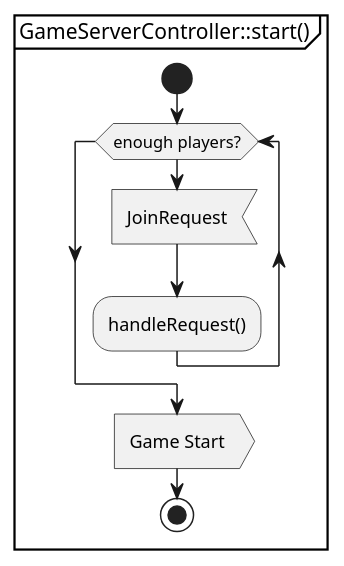
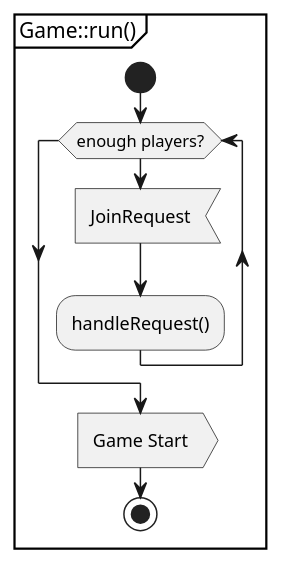
One commit to mdiallogn/Not-Alone changed the third of 3 diagrams in not-alone-doc/src/doc/asciidoc/_sections/conception.adoc. Above: the diagram before and after it, drawn with PlantUML. The commit also changed other lines of this file and 9 other files, not shown here.

```diff
--- a/not-alone-doc/src/doc/asciidoc/_sections/conception.adoc
+++ b/not-alone-doc/src/doc/asciidoc/_sections/conception.adoc
@@ -72,12 +70,12 @@
 [plantuml]
 ----
-partition GameServerController::start() {
+partition Game::run() {
     start
     while (enough players?)
         :JoinRequest<
         :handleRequest();
     endwhile
     :Game Start>
     stop
 }
 ----
```
